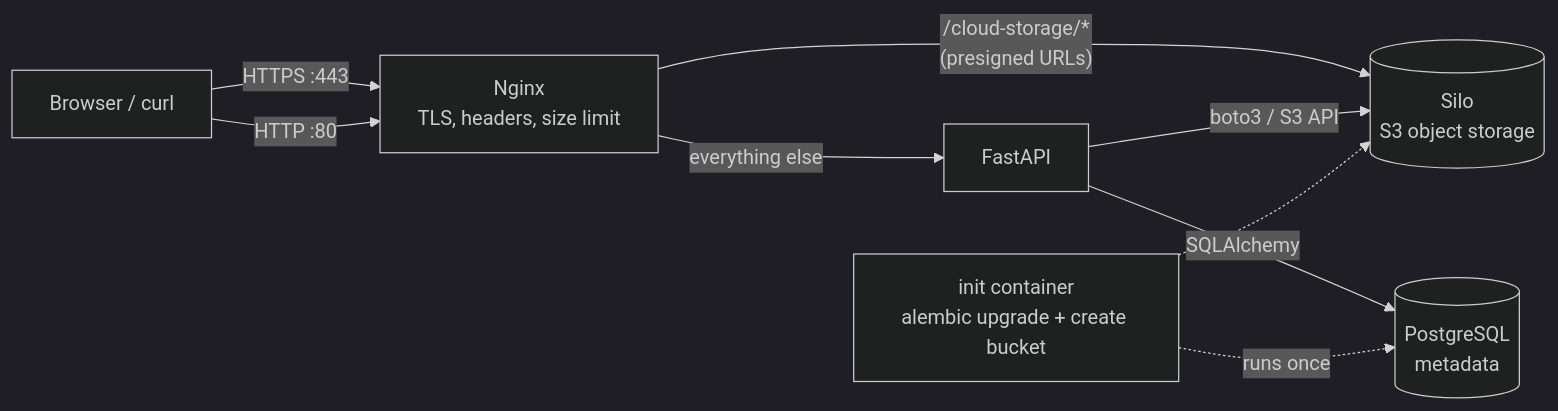
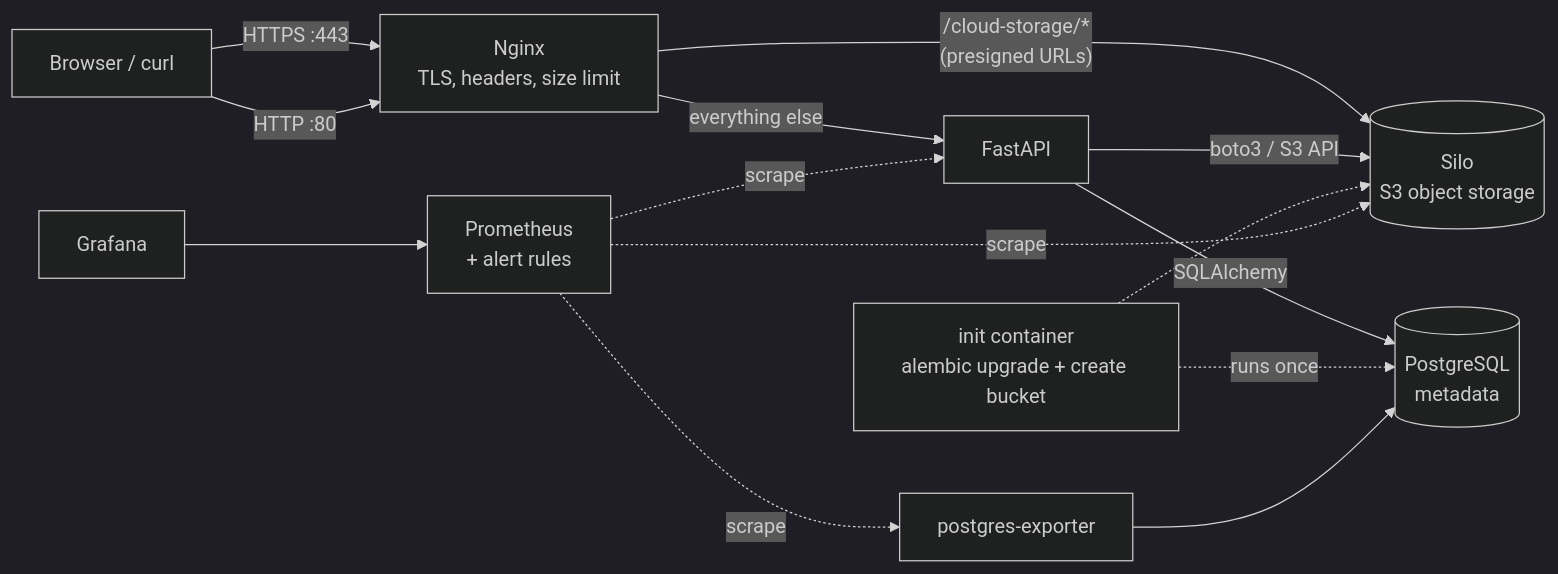
Before and after one commit to aabdridho/personal-cloud-storage: the first of 2 diagrams in README.md, drawn with Mermaid (dark theme). The commit also changed other lines of this file and 26 other files, not shown here.

First line of the commit message:
feat: add Prometheus and Grafana monitoring

````diff
--- a/README.md
+++ b/README.md
@@ -23,11 +24,15 @@
 ```mermaid
 flowchart LR
     client[Browser / curl] -- HTTPS :443 --> nginx[Nginx<br/>TLS, headers, size limit]
     client -- HTTP :80 --> nginx
     nginx -- "/cloud-storage/*<br/>(presigned URLs)" --> silo[(Silo<br/>S3 object storage)]
     nginx -- "everything else" --> api[FastAPI]
     api -- SQLAlchemy --> db[(PostgreSQL<br/>metadata)]
     api -- boto3 / S3 API --> silo
     init[init container<br/>alembic upgrade + create bucket] -.runs once.-> db
     init -.-> silo
+    prom[Prometheus<br/>+ alert rules] -. scrape .-> api
+    prom -. scrape .-> silo
+    prom -. scrape .-> pgexp[postgres-exporter] --> db
+    grafana[Grafana] --> prom
 ```
````
